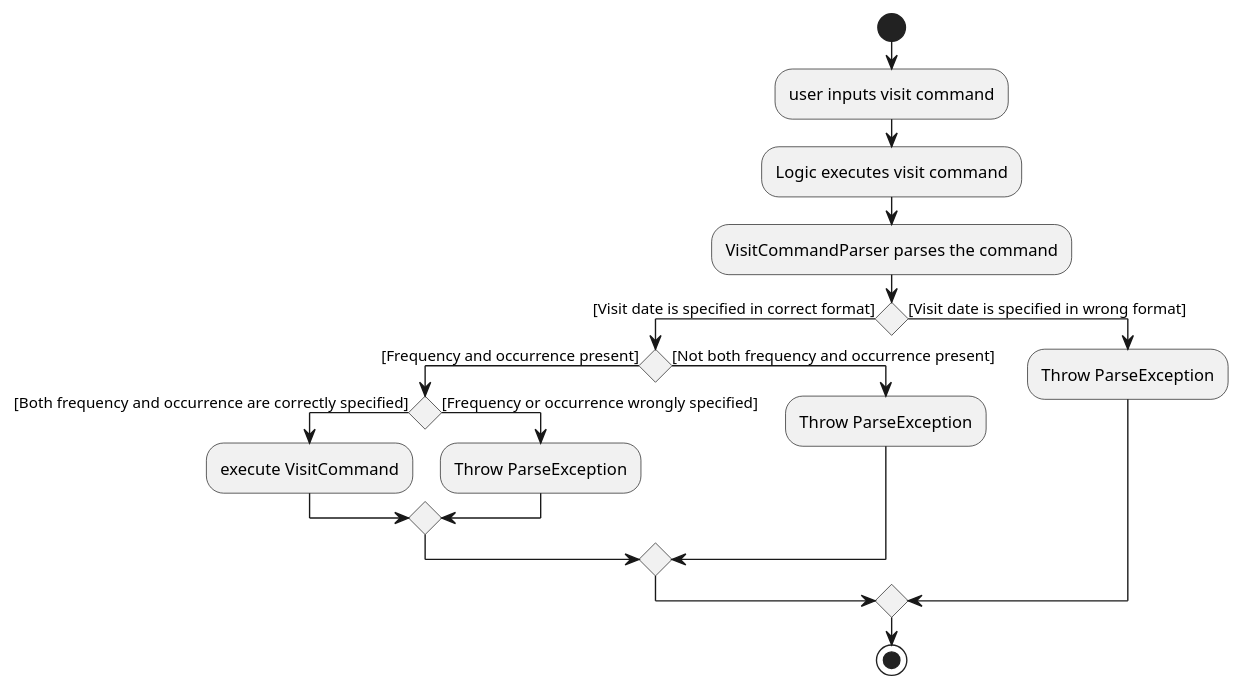
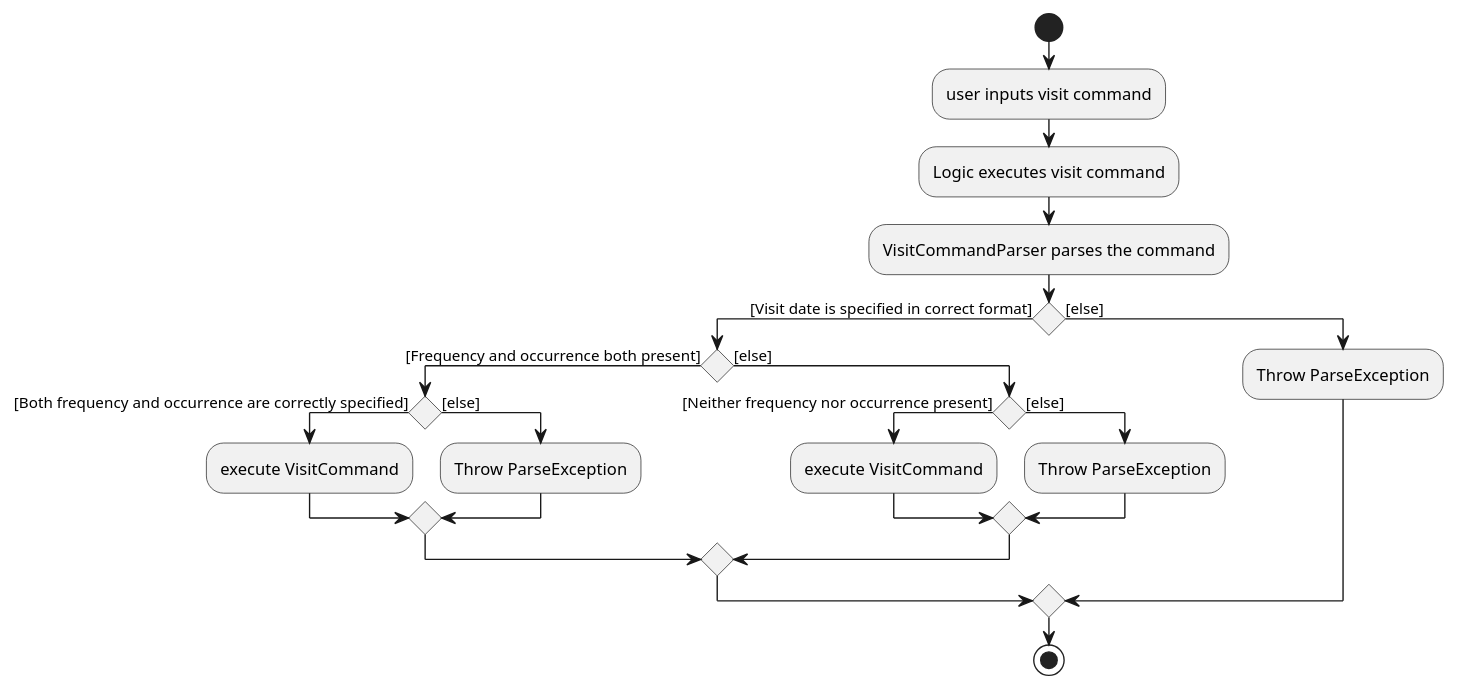
Before and after one commit to nus-cs2103-AY2122S1/tp: the diagram in docs/diagrams/VisitCommandActivityDiagram.puml, drawn with PlantUML.

Commit message:
Update activity diagram

```diff
--- a/docs/diagrams/VisitCommandActivityDiagram.puml
+++ b/docs/diagrams/VisitCommandActivityDiagram.puml
@@ -1,25 +1,29 @@
 @startuml
 start
 :user inputs visit command;
 :Logic executes visit command;
 :VisitCommandParser parses the command;
 
 if () then ([Visit date is specified in correct format])
-    if() then ([Frequency and occurrence present])
+    if() then ([Frequency and occurrence both present])
         if() then ([Both frequency and occurrence are correctly specified])
             :execute VisitCommand;
-        else ([Frequency or occurrence wrongly specified])
+        else ([else])
             :Throw ParseException;
         endif
 
-    else ([Not both frequency and occurrence present])
-        :Throw ParseException;
+    else ([else])
+        if() then ([Neither frequency nor occurrence present])
+            :execute VisitCommand;
+        else ([else])
+            :Throw ParseException;
+        endif
     endif
 
-else ([Visit date is specified in wrong format])
+else ([else])
     :Throw ParseException;
 
 endif
 stop
 
 @enduml
```
